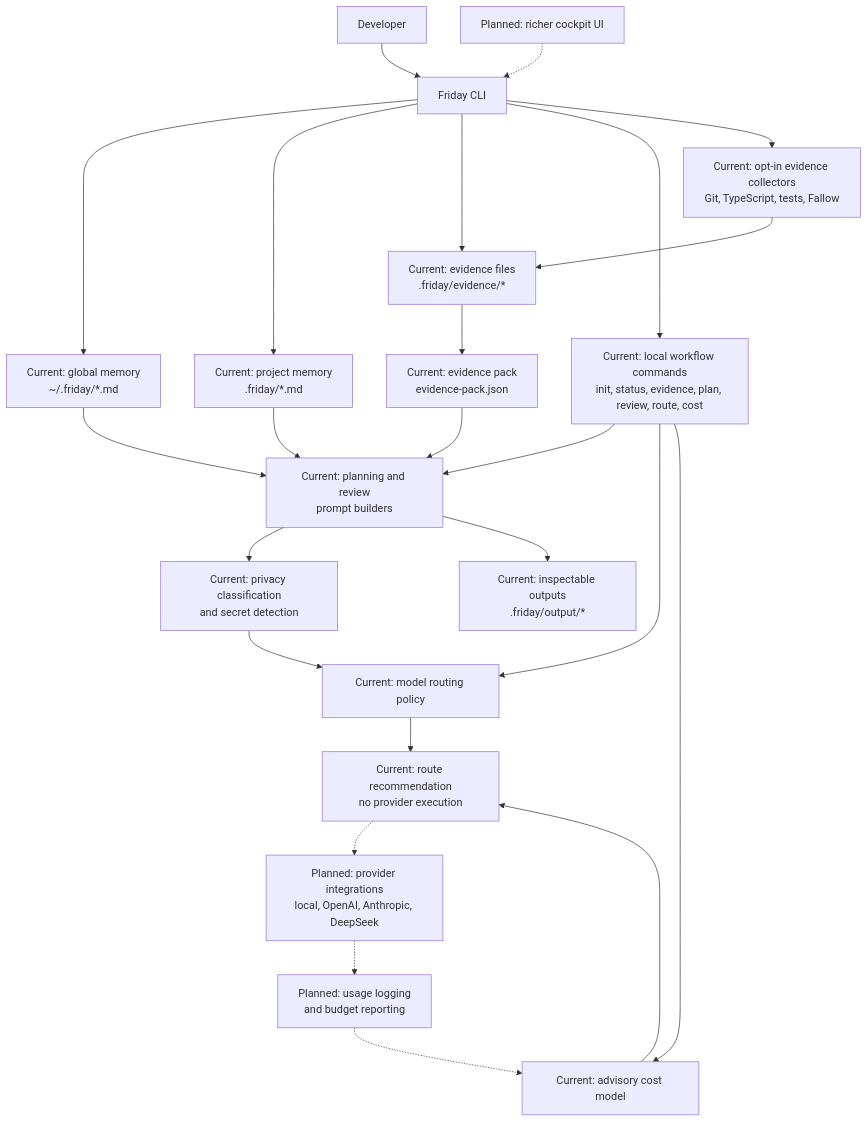
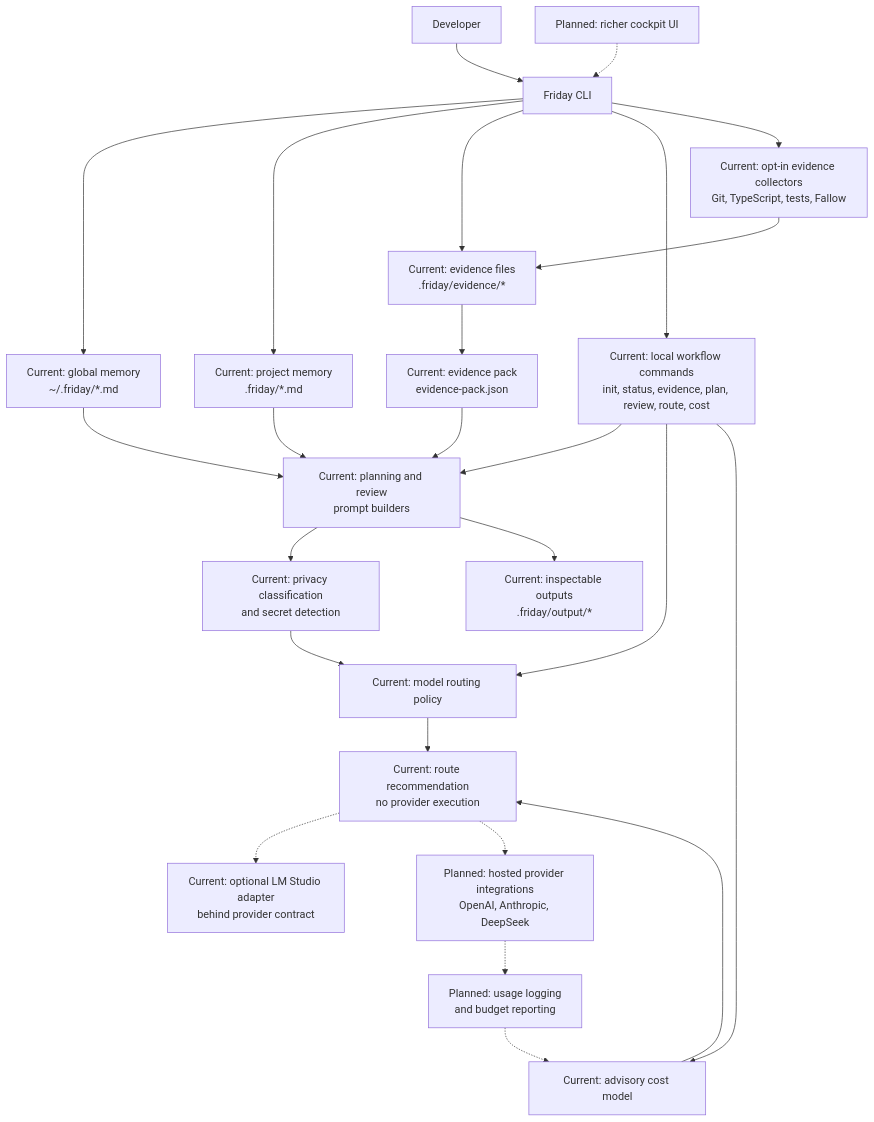
Before and after one commit to MikeBlakeway/friday: the diagram in docs/architecture.md, drawn with Mermaid. The commit also changed other lines of this file and 4 other files, not shown here.

Commit message:
feat(FRI-034): add LM Studio provider adapter

````diff
--- a/docs/architecture.md
+++ b/docs/architecture.md
@@ -13,31 +13,32 @@
 ```mermaid
 flowchart TD
   Developer[Developer] --> CLI[Friday CLI]
 
   CLI --> CurrentGlobalMemory[Current: global memory<br/>~/.friday/*.md]
   CLI --> CurrentProjectMemory[Current: project memory<br/>.friday/*.md]
   CLI --> CurrentEvidence[Current: evidence files<br/>.friday/evidence/*]
   CLI --> CurrentCommands[Current: local workflow commands<br/>init, status, evidence, plan, review, route, cost]
 
   CurrentGlobalMemory --> PromptBuilders[Current: planning and review<br/>prompt builders]
   CurrentProjectMemory --> PromptBuilders
   CurrentEvidence --> EvidencePack[Current: evidence pack<br/>evidence-pack.json]
   EvidencePack --> PromptBuilders
   CurrentCommands --> PromptBuilders
 
   PromptBuilders --> PrivacySafety[Current: privacy classification<br/>and secret detection]
   CurrentCommands --> RoutePolicy[Current: model routing policy]
   CurrentCommands --> CostModel[Current: advisory cost model]
 
   PrivacySafety --> RoutePolicy
   RoutePolicy --> Recommendation[Current: route recommendation<br/>no provider execution]
   CostModel --> Recommendation
   PromptBuilders --> LocalOutputs[Current: inspectable outputs<br/>.friday/output/*]
 
   CLI --> CurrentCollectors[Current: opt-in evidence collectors<br/>Git, TypeScript, tests, Fallow]
   CurrentCollectors --> CurrentEvidence
-  Recommendation -.-> PlannedProviders[Planned: provider integrations<br/>local, OpenAI, Anthropic, DeepSeek]
+  Recommendation -.-> CurrentLocalProvider[Current: optional LM Studio adapter<br/>behind provider contract]
+  Recommendation -.-> PlannedProviders[Planned: hosted provider integrations<br/>OpenAI, Anthropic, DeepSeek]
   PlannedProviders -.-> PlannedUsage[Planned: usage logging<br/>and budget reporting]
   PlannedUsage -.-> CostModel
   PlannedCockpit[Planned: richer cockpit UI] -.-> CLI
 ```
````
